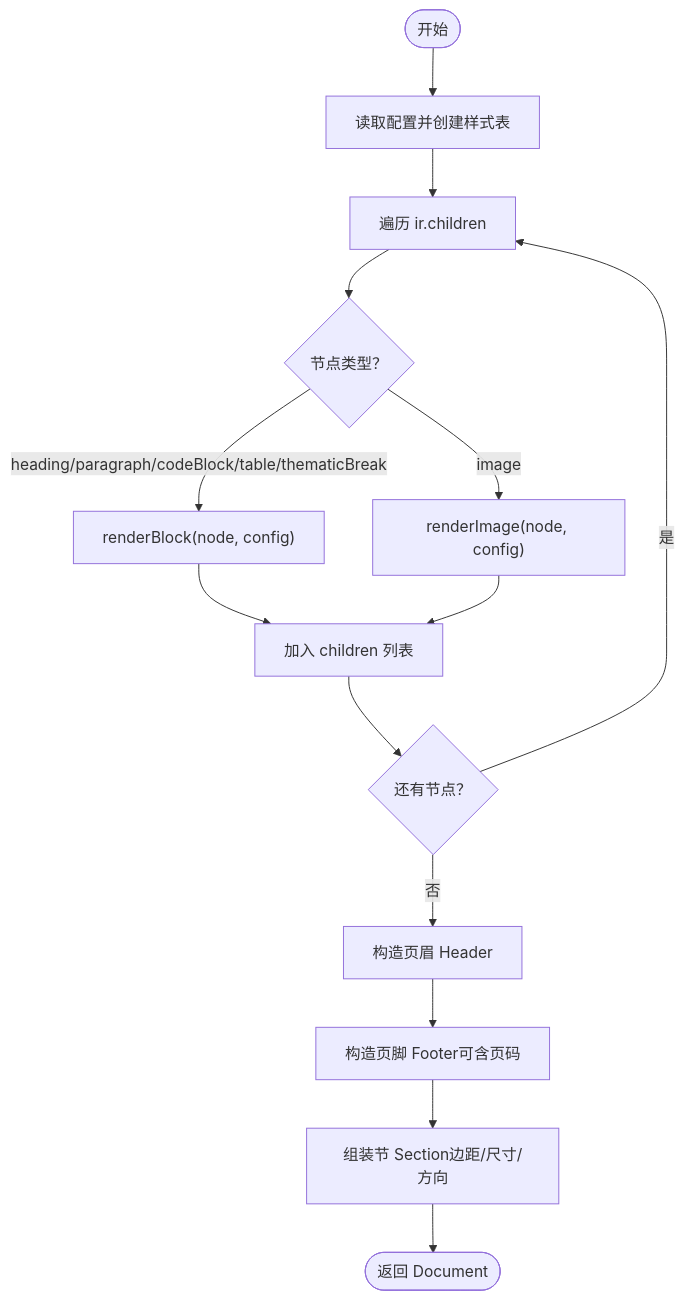
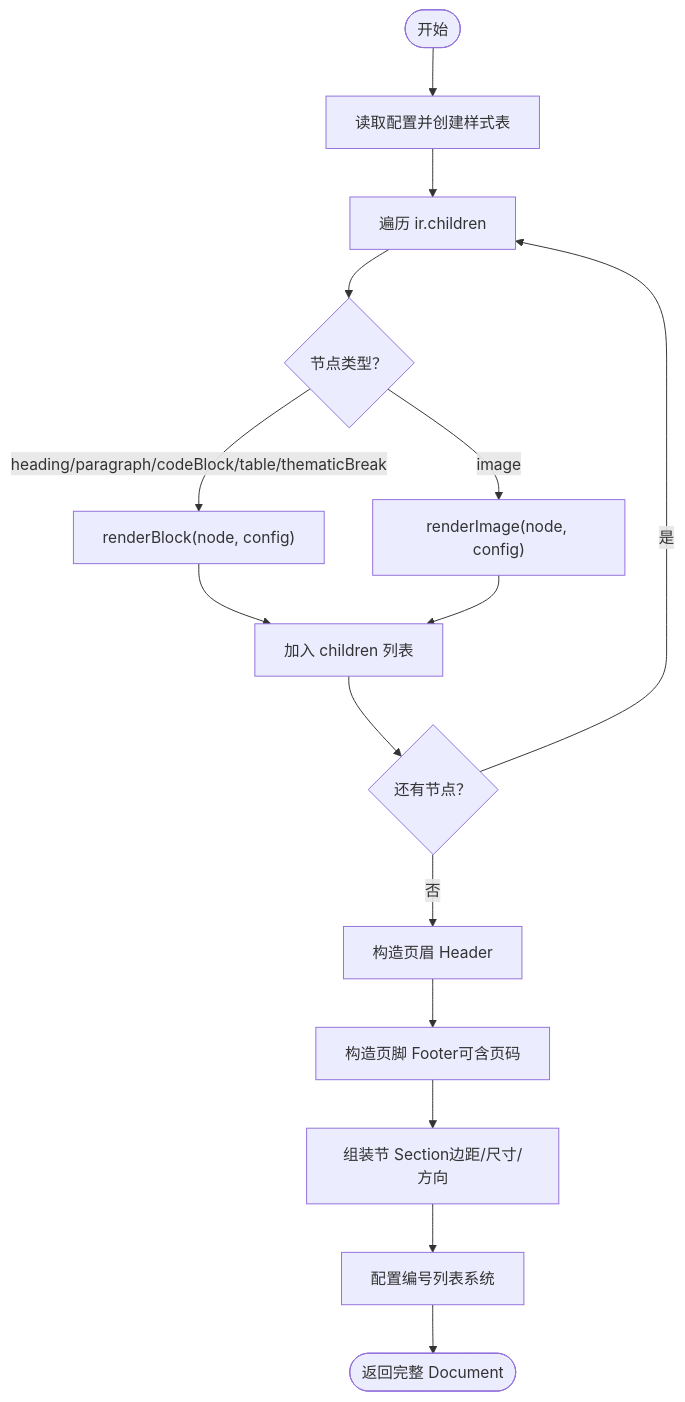
One commit to wanwushelie/markdown-to-word-studio changed the third of 6 diagrams in .lingma/repowiki/zh/content/开发指南/核心模块详解/生成器模块/文档构建器.md. Above: the diagram before and after it, drawn with Mermaid. The commit also changed other lines of this file and 7 other files, not shown here.

````diff
--- a/.lingma/repowiki/zh/content/开发指南/核心模块详解/生成器模块/文档构建器.md
+++ b/.lingma/repowiki/zh/content/开发指南/核心模块详解/生成器模块/文档构建器.md
@@ -159,16 +183,17 @@
 ```mermaid
 flowchart TD
 Start(["开始"]) --> LoadCfg["读取配置并创建样式表"]
 LoadCfg --> Loop["遍历 ir.children"]
 Loop --> Dispatch{"节点类型？"}
 Dispatch --> |heading/paragraph/codeBlock/table/thematicBreak| RenderB["renderBlock(node, config)"]
 Dispatch --> |image| RenderI["renderImage(node, config)"]
 RenderB --> Push["加入 children 列表"]
 RenderI --> Push
 Push --> Next{"还有节点？"}
 Next --> |是| Loop
 Next --> |否| Header["构造页眉 Header"]
 Header --> Footer["构造页脚 Footer可含页码"]
 Footer --> Section["组装节 Section边距/尺寸/方向"]
-Section --> Return(["返回 Document"])
+Section --> Numbering["配置编号列表系统"]
+Numbering --> Return(["返回完整 Document"])
 ```
````
